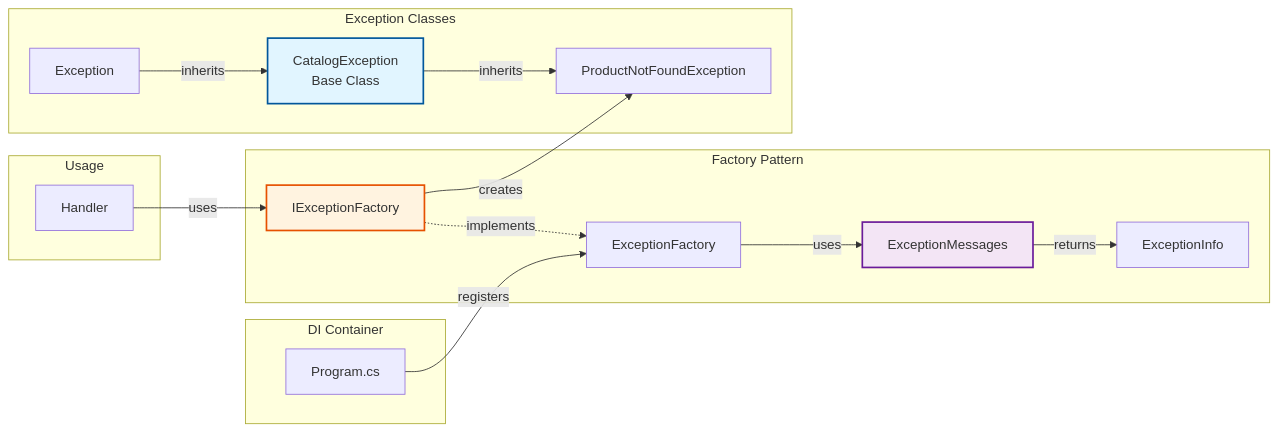
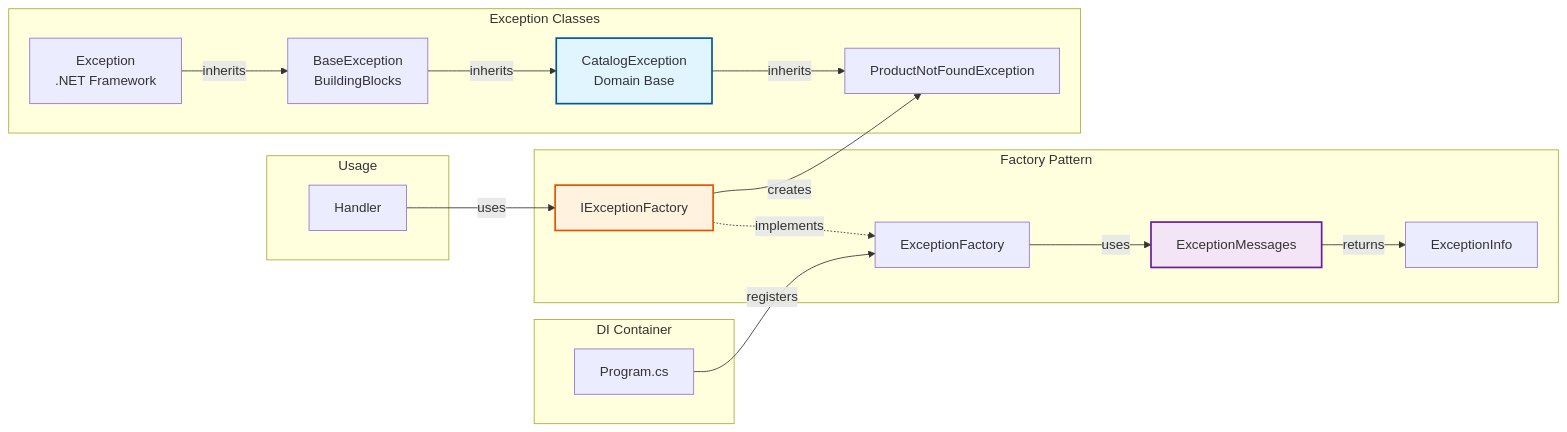
One commit to hamdyyemad/dotnet-microservices-ecommerce changed the fourth of 5 diagrams in src/Services/Catalog/Catalog.API/Exceptions/README.md. Above: the diagram before and after it, drawn with Mermaid. The commit also changed other lines of this file and 6 other files, not shown here.

First line of the commit message:
feat: Add base exception handling infrastructure for microservices

````diff
--- a/src/Services/Catalog/Catalog.API/Exceptions/README.md
+++ b/src/Services/Catalog/Catalog.API/Exceptions/README.md
@@ -136,35 +140,37 @@
 ```mermaid
 graph LR
     subgraph "Factory Pattern"
         IF[IExceptionFactory]
         EF[ExceptionFactory]
         EM[ExceptionMessages]
         EI[ExceptionInfo]
         IF -.->|implements| EF
         EF -->|uses| EM
         EM -->|returns| EI
     end
 
     subgraph "Exception Classes"
-        EX[Exception]
-        CE[CatalogException<br/>Base Class]
+        EX[Exception<br/>.NET Framework]
+        BE[BaseException<br/>BuildingBlocks]
+        CE[CatalogException<br/>Domain Base]
         PNF[ProductNotFoundException]
-        EX -->|inherits| CE
+        EX -->|inherits| BE
+        BE -->|inherits| CE
         CE -->|inherits| PNF
     end
 
     subgraph "Usage"
         H[Handler]
         H -->|uses| IF
         IF -->|creates| PNF
     end
 
     subgraph "DI Container"
         DI[Program.cs]
         DI -->|registers| EF
     end
 
     style CE fill:#e1f5ff,stroke:#01579b,stroke-width:2px
     style IF fill:#fff3e0,stroke:#e65100,stroke-width:2px
     style EM fill:#f3e5f5,stroke:#6a1b9a,stroke-width:2px
 ```
````
